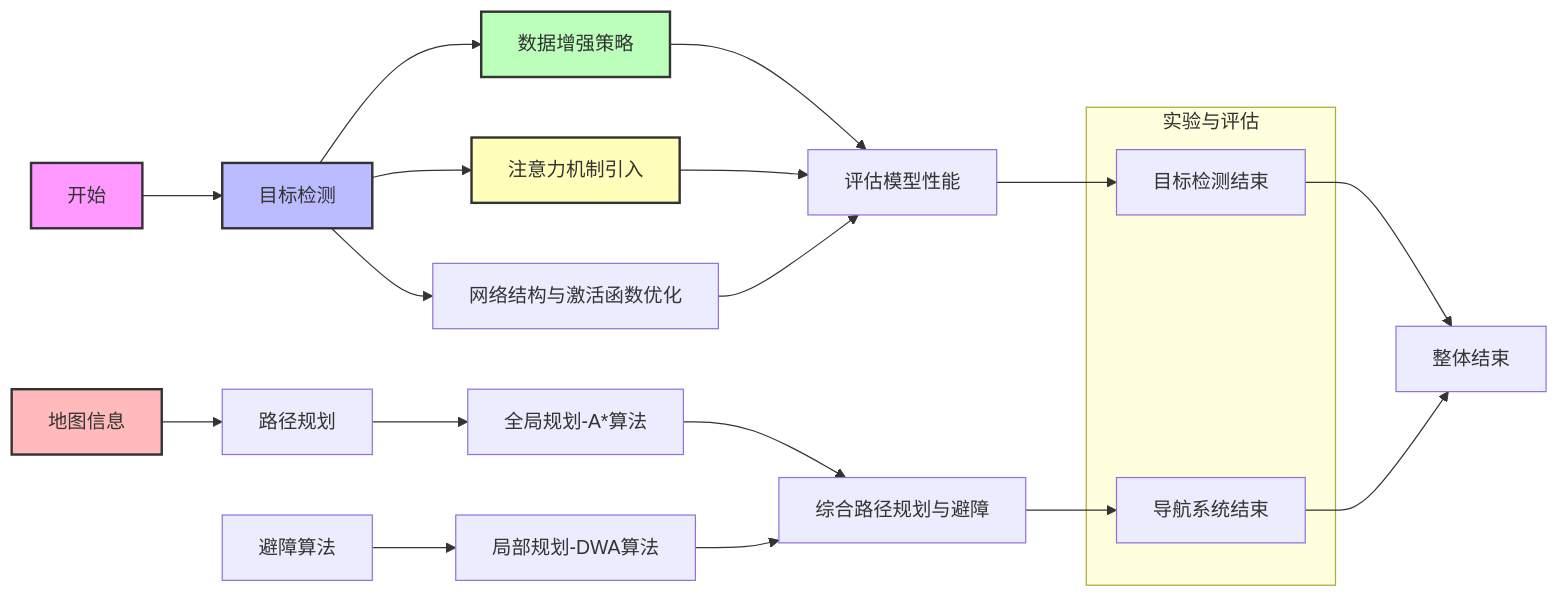
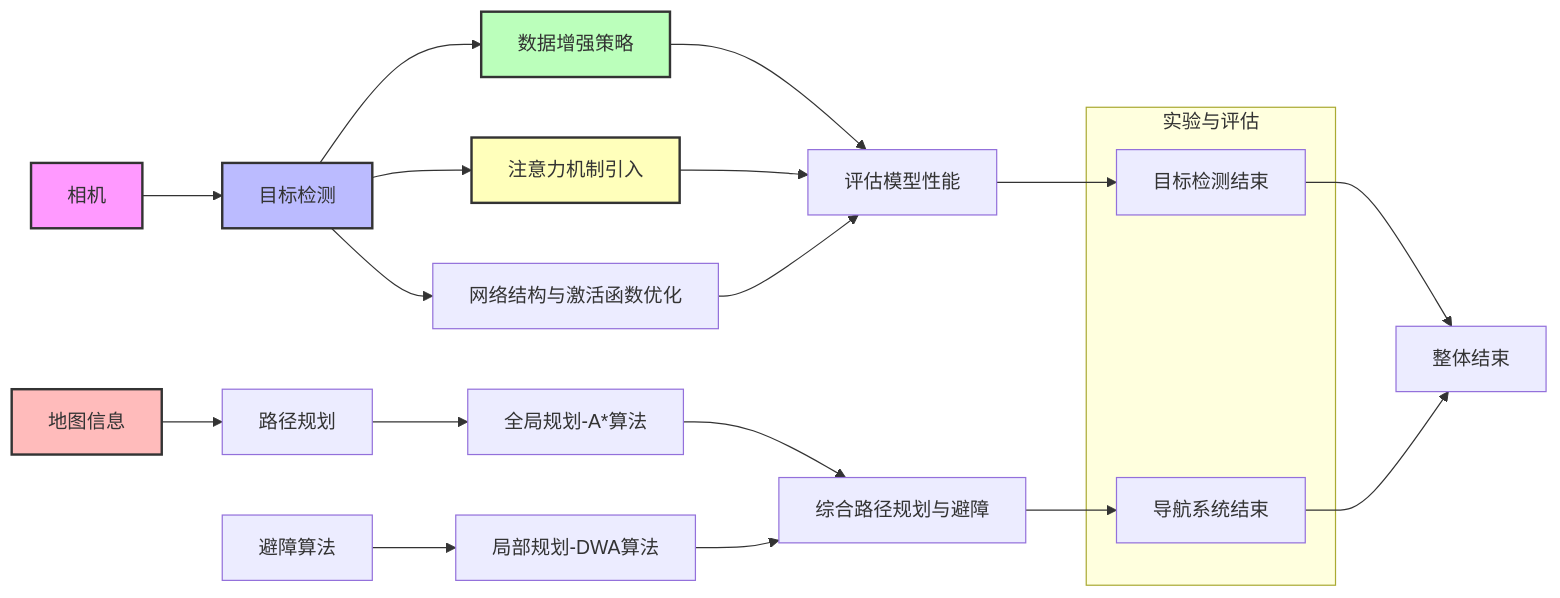
Before and after one commit to 1831380633/iodraw-files: the diagram in all/未命名-1.md, drawn with Mermaid.

Commit message:
2024-12-18 14:58:23 update

````diff
--- a/all/未命名-1.md
+++ b/all/未命名-1.md
@@ -1,36 +1,36 @@
 ```mermaid
 graph LR
     style A fill:#f9f,stroke:#333,stroke-width:2px
     style B fill:#bbf,stroke:#333,stroke-width:2px
     style C fill:#fbb,stroke:#333,stroke-width:2px
     style D fill:#bfb,stroke:#333,stroke-width:2px
     style E fill:#ffb,stroke:#333,stroke-width:2px
 
-    A[开始] --> B[目标检测]
-   C[地图信息]
+    A[相机] --> B[目标检测]
+    C[地图信息]
     
     B --> D[数据增强策略]
     B --> E[注意力机制引入]
     B --> F[网络结构与激活函数优化]
     D --> G[评估模型性能]
     E --> G
     F --> G
     G --> H[目标检测结束]
     
     C --> I[路径规划]
 
     I --> K[全局规划-A*算法]
     J[避障算法] --> L[局部规划-DWA算法]
     K --> M[综合路径规划与避障]
     L --> M
     M --> N[导航系统结束]
     
     H --> O[整体结束]
     N --> O
 
     subgraph 实验与评估
         H
         N
     end
 
 ```
````
